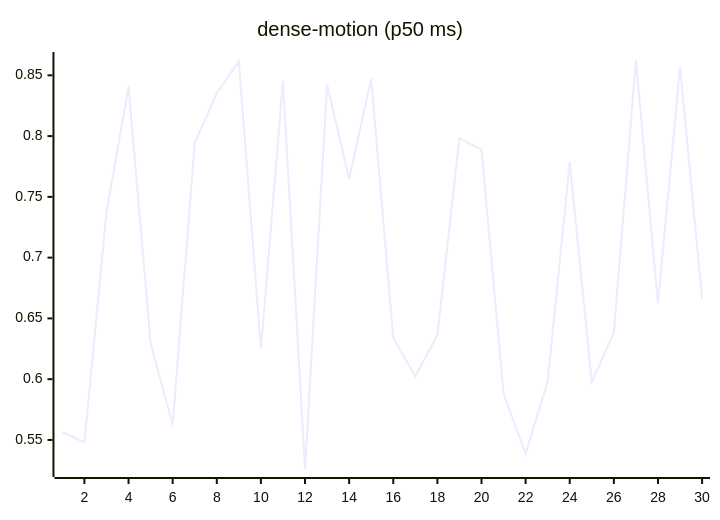
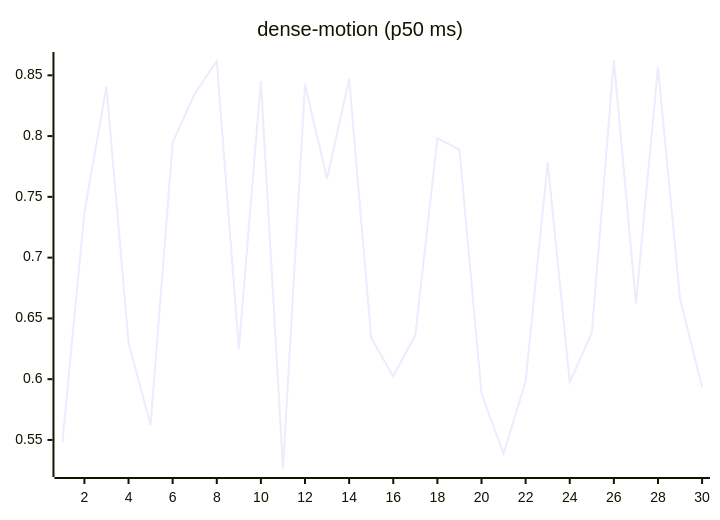
Before and after one commit to josha/Facet: the ninth of 27 diagrams in README.md, drawn with Mermaid. The commit also changed other lines of this file and 2 other files, not shown here.

````diff
--- a/README.md
+++ b/README.md
@@ -119,6 +119,6 @@
 ```mermaid
 xychart-beta
     title "dense-motion (p50 ms)"
     x-axis 1 --> 30
-    line [0.5564, 0.5479, 0.7374, 0.8407, 0.6299, 0.5623, 0.7946, 0.8350, 0.8616, 0.6249, 0.8453, 0.5261, 0.8424, 0.7649, 0.8471, 0.6340, 0.6023, 0.6364, 0.7981, 0.7888, 0.5881, 0.5388, 0.5980, 0.7785, 0.5976, 0.6382, 0.8626, 0.6624, 0.8567, 0.6662]
+    line [0.5479, 0.7374, 0.8407, 0.6299, 0.5623, 0.7946, 0.8350, 0.8616, 0.6249, 0.8453, 0.5261, 0.8424, 0.7649, 0.8471, 0.6340, 0.6023, 0.6364, 0.7981, 0.7888, 0.5881, 0.5388, 0.5980, 0.7785, 0.5976, 0.6382, 0.8626, 0.6624, 0.8567, 0.6662, 0.5935]
 ```
````
